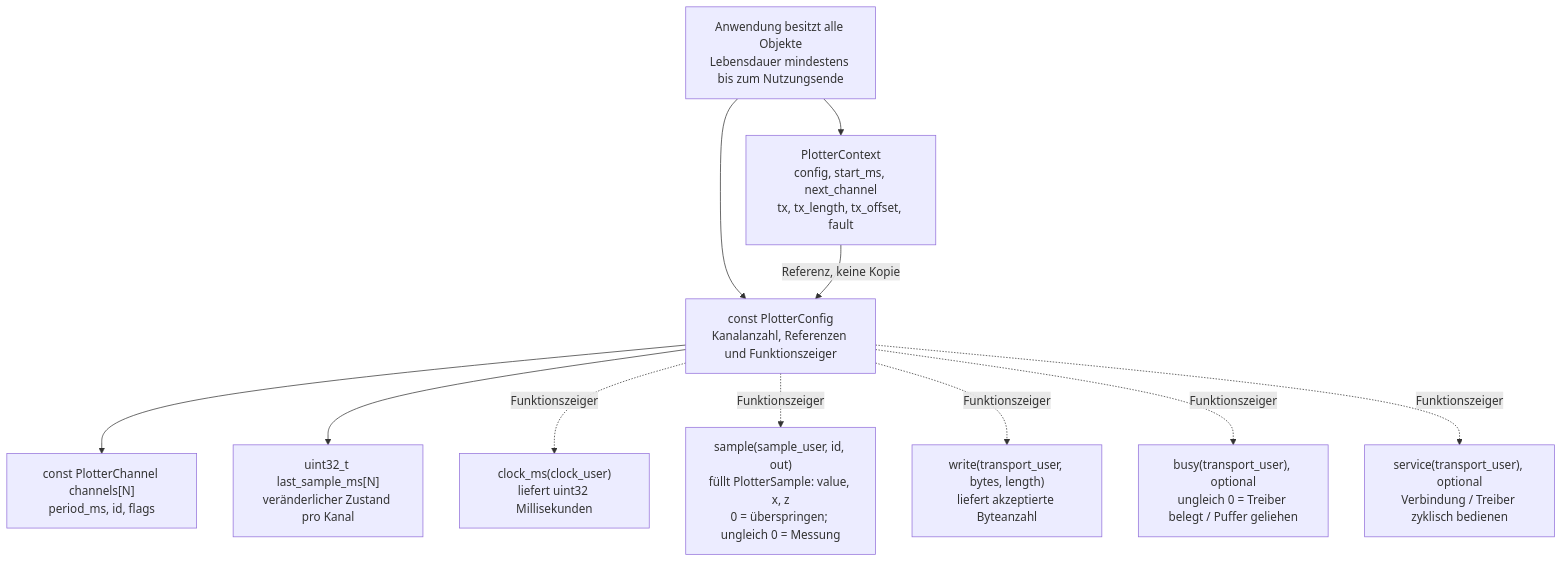
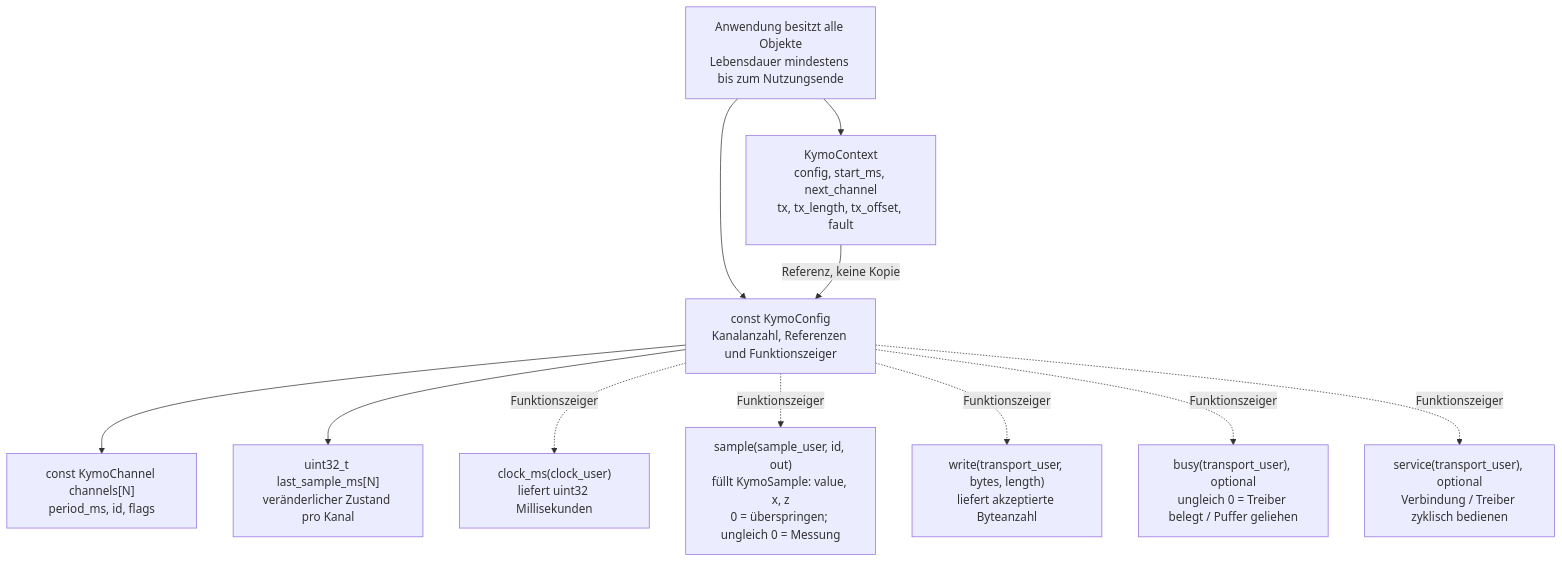
One commit to CodeName-666/kymoprobe changed the second of 5 diagrams in README.md. Above: the diagram before and after it, drawn with Mermaid. The commit also changed other lines of this file and 110 other files, not shown here.

````diff
--- a/README.md
+++ b/README.md
@@ -114,23 +114,23 @@
 ```mermaid
 flowchart TB
     App["Anwendung besitzt alle Objekte<br/>Lebensdauer mindestens bis zum Nutzungsende"]
-    Context["PlotterContext<br/>config, start_ms, next_channel<br/>tx, tx_length, tx_offset, fault"]
-    Config["const PlotterConfig<br/>Kanalanzahl, Referenzen und Funktionszeiger"]
-    Channels["const PlotterChannel channels[N]<br/>period_ms, id, flags"]
+    Context["KymoContext<br/>config, start_ms, next_channel<br/>tx, tx_length, tx_offset, fault"]
+    Config["const KymoConfig<br/>Kanalanzahl, Referenzen und Funktionszeiger"]
+    Channels["const KymoChannel channels[N]<br/>period_ms, id, flags"]
     Times["uint32_t last_sample_ms[N]<br/>veränderlicher Zustand pro Kanal"]
     Clock["clock_ms(clock_user)<br/>liefert uint32 Millisekunden"]
-    Sample["sample(sample_user, id, out)<br/>füllt PlotterSample: value, x, z<br/>0 = überspringen; ungleich 0 = Messung"]
+    Sample["sample(sample_user, id, out)<br/>füllt KymoSample: value, x, z<br/>0 = überspringen; ungleich 0 = Messung"]
     Write["write(transport_user, bytes, length)<br/>liefert akzeptierte Byteanzahl"]
     Busy["busy(transport_user), optional<br/>ungleich 0 = Treiber belegt / Puffer geliehen"]
     Service["service(transport_user), optional<br/>Verbindung / Treiber zyklisch bedienen"]
     App --> Context
     App --> Config
     Context -->|"Referenz, keine Kopie"| Config
     Config --> Channels
     Config --> Times
     Config -.->|Funktionszeiger| Clock
     Config -.->|Funktionszeiger| Sample
     Config -.->|Funktionszeiger| Write
     Config -.->|Funktionszeiger| Busy
     Config -.->|Funktionszeiger| Service
 ```
````
